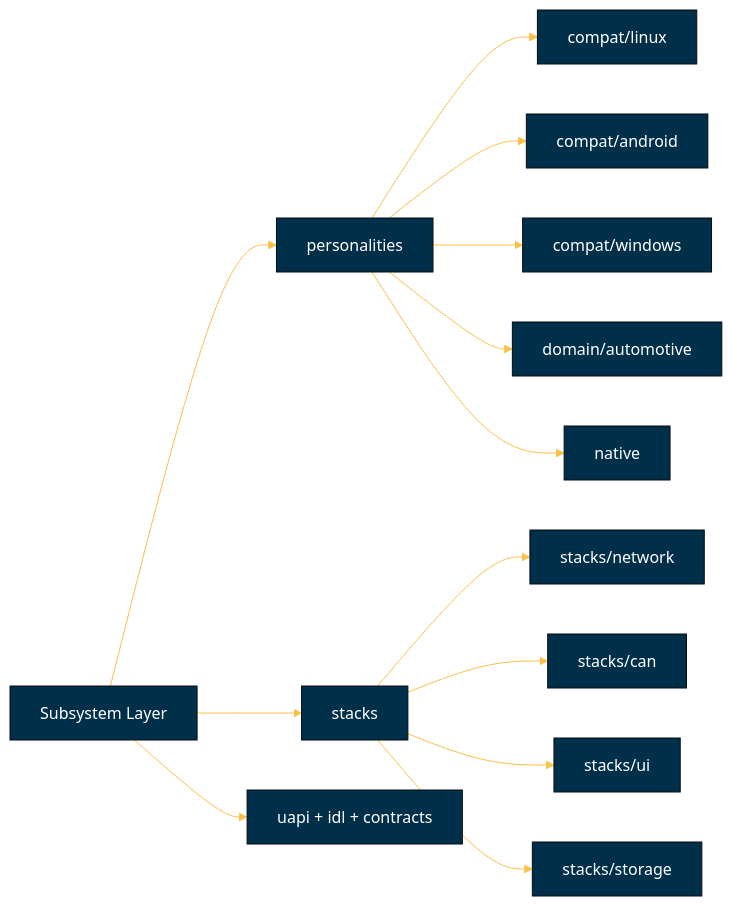
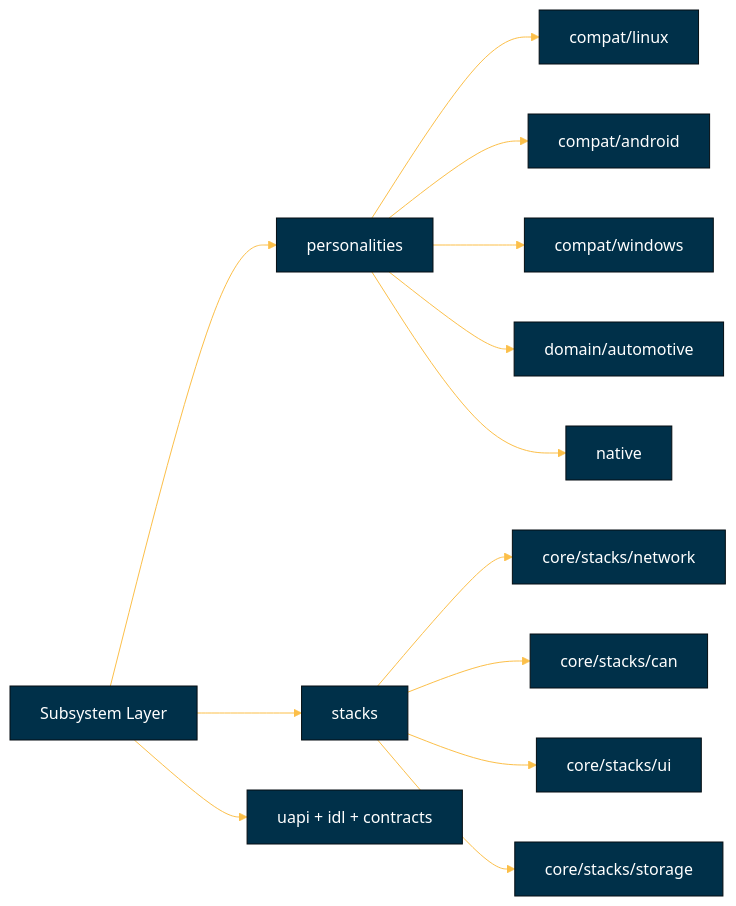
The diagram in docs/architecture/components/subsystem-subcomponents-architecture.md (CloudCarpentry/Bharat-OS), drawn with Mermaid before and after one commit. The commit also changed other lines of this file and 2757 other files, not shown here.

````diff
--- a/docs/architecture/components/subsystem-subcomponents-architecture.md
+++ b/docs/architecture/components/subsystem-subcomponents-architecture.md
@@ -7,18 +19,18 @@
 ```mermaid
 %%{init: {'theme':'base','themeVariables':{'primaryColor':'#003049','primaryTextColor':'#ffffff','lineColor':'#fcbf49','fontFamily':'Inter'}}}%%
 graph LR
     S[Subsystem Layer] --> PERS[personalities]
     S --> STACKS[stacks]
     S --> CONTRACTS[uapi + idl + contracts]
 
     PERS --> LINUX[compat/linux]
     PERS --> ANDROID[compat/android]
     PERS --> WINDOWS[compat/windows]
     PERS --> AUTO[domain/automotive]
     PERS --> NATIVE[native]
 
-    STACKS --> NET[stacks/network]
-    STACKS --> CAN[stacks/can]
-    STACKS --> UI[stacks/ui]
-    STACKS --> STORAGE[stacks/storage]
+    STACKS --> NET[core/stacks/network]
+    STACKS --> CAN[core/stacks/can]
+    STACKS --> UI[core/stacks/ui]
+    STACKS --> STORAGE[core/stacks/storage]
 ```
````
